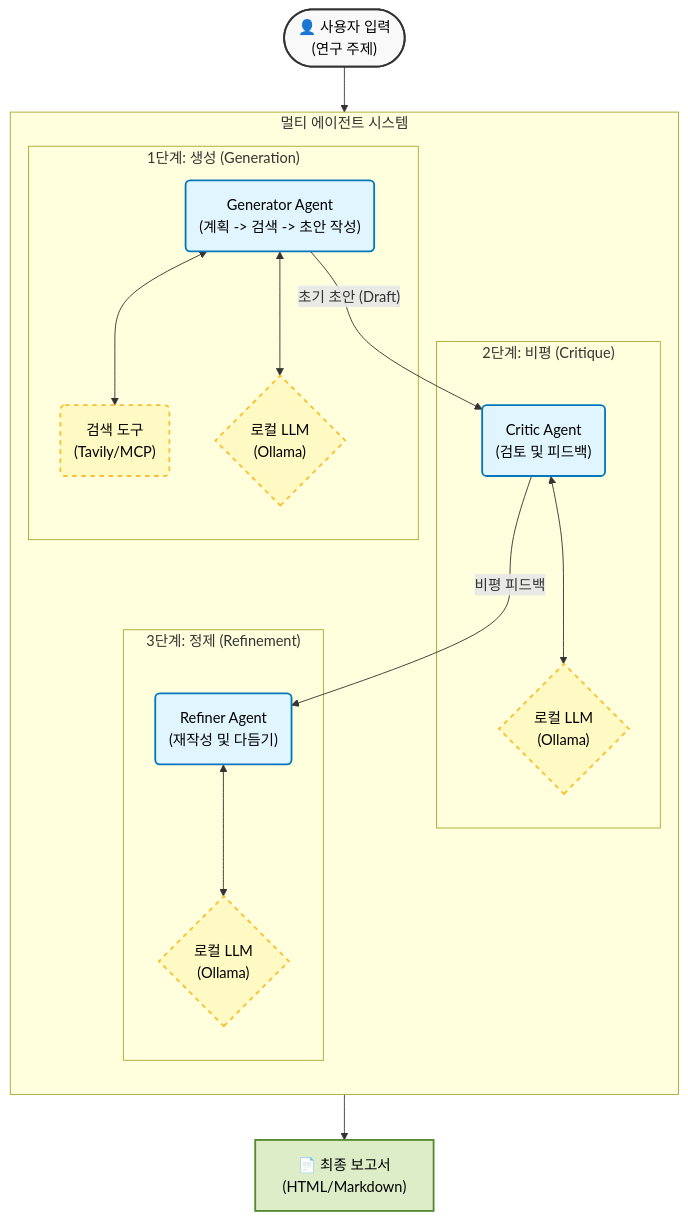
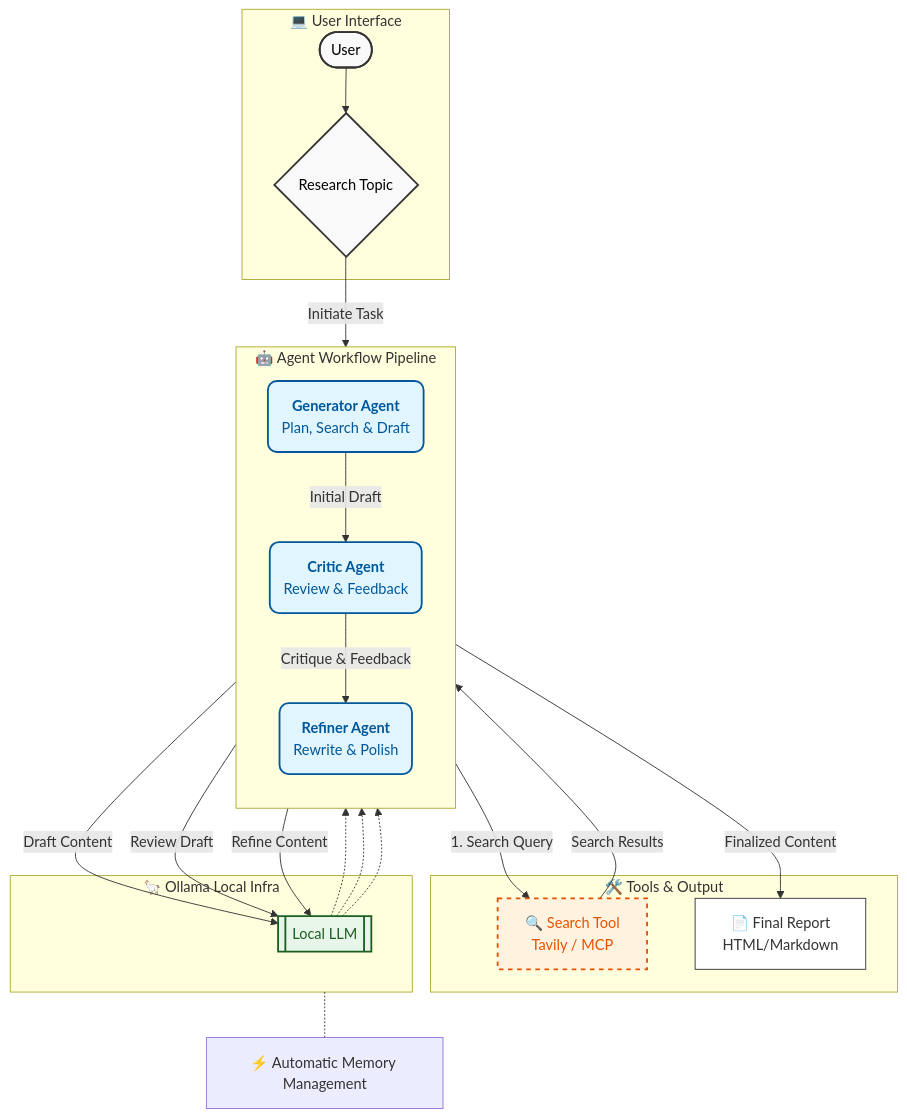
One commit to eastsea17/Research_Multi-Agents_with_Ollama changed the diagram in README_kr.md. Above: the diagram before and after it, drawn with Mermaid. The commit also changed 1 other file, not shown here.

Commit message:
251224
update README.md

````diff
--- a/README_kr.md
+++ b/README_kr.md
@@ -29,49 +29,61 @@
 ```mermaid
 graph TD
-    %% 스타일 정의
-    classDef user fill:#f9f9f9,stroke:#333,stroke-width:2px,color:black;
-    classDef agent fill:#e1f5fe,stroke:#0277bd,stroke-width:2px,color:black;
-    classDef tool fill:#fff9c4,stroke:#fbc02d,stroke-width:2px,stroke-dasharray: 5 5,color:black;
-    classDef output fill:#dcedc8,stroke:#558b2f,stroke-width:2px,color:black;
+    %% Style Definitions (Aligned with Reference)
+    classDef user fill:#f9f9f9,stroke:#333,stroke-width:2px,color:#000
+    classDef agent fill:#e1f5fe,stroke:#01579b,stroke-width:2px,color:#01579b,rx:10,ry:10
+    classDef tool fill:#fff3e0,stroke:#e65100,stroke-width:2px,color:#e65100,stroke-dasharray: 5 5
+    classDef ai fill:#e8f5e9,stroke:#1b5e20,stroke-width:2px,color:#1b5e20
+    classDef file fill:#fff,stroke:#333,stroke-width:1px,color:#333,shape:document
 
-    %% 노드 정의
-    User(["👤 사용자 입력<br/>(연구 주제)"]):::user
+    %% 1. User Interaction Layer
+    subgraph UI_Layer [💻 User Interface]
+        User([User]):::user
+        Input{Research Topic}:::user
+    end
+
+    %% 2. Agent Orchestration Layer
+    subgraph Agent_Orchestration [🤖 Agent Workflow Pipeline]
+        direction TB
+        Generator(<b>Generator Agent</b><br/>Plan, Search & Draft):::agent
+        Critic(<b>Critic Agent</b><br/>Review & Feedback):::agent
+        Refiner(<b>Refiner Agent</b><br/>Rewrite & Polish):::agent
+    end
+
+    %% 3. Tools & Infrastructure Layer
+    subgraph Tools_Infra [🛠️ Tools & Output]
+        Tavily[🔍 Search Tool<br/>Tavily / MCP]:::tool
+        Report[📄 Final Report<br/>HTML/Markdown]:::file
+    end
+
+    %% 4. AI Model Layer (Ollama)
+    subgraph Ollama_Service [🦙 Ollama Local Infra]
+        LLM[[Local LLM]]:::ai
+    end
+
+    %% Flow Definitions
     
-    subgraph System ["멀티 에이전트 시스템"]
-        direction TB
-        
-        %% 1단계: 생성
-        subgraph P1 ["1단계: 생성 (Generation)"]
-            Generator("Generator Agent<br/>(계획 -> 검색 -> 초안 작성)"):::agent
-            SearchTool("검색 도구<br/>(Tavily/MCP)"):::tool
-            LLM1{"로컬 LLM<br/>(Ollama)"}:::tool
-        end
-        
-        %% 2단계: 비평
-        subgraph P2 ["2단계: 비평 (Critique)"]
-            Critic("Critic Agent<br/>(검토 및 피드백)"):::agent
-            LLM2{"로컬 LLM<br/>(Ollama)"}:::tool
-        end
-        
-        %% 3단계: 정제
-        subgraph P3 ["3단계: 정제 (Refinement)"]
-            Refiner("Refiner Agent<br/>(재작성 및 다듬기)"):::agent
-            LLM3{"로컬 LLM<br/>(Ollama)"}:::tool
-        end
-    end
-    
-    Report["📄 최종 보고서<br/>(HTML/Markdown)"]:::output
+    %% User Input Flow
+    User --> Input
+    Input -- "Initiate Task" --> Generator
 
-    %% 흐름 연결
-    User --> Generator
-    
-    Generator <--> SearchTool
-    Generator <--> LLM1
-    Generator -- "초기 초안 (Draft)" --> Critic
-    
-    Critic <--> LLM2
-    Critic -- "비평 피드백" --> Refiner
-    
-    Refiner <--> LLM3
-    Refiner --> Report
+    %% Phase 1: Generation
+    Generator -- "1. Search Query" --> Tavily
+    Tavily -- "Search Results" --> Generator
+    Generator -- "Draft Content" --> LLM
+    LLM -.-> Generator
+    Generator -- "Initial Draft" --> Critic
+
+    %% Phase 2: Critique
+    Critic -- "Review Draft" --> LLM
+    LLM -.-> Critic
+    Critic -- "Critique & Feedback" --> Refiner
+
+    %% Phase 3: Refinement
+    Refiner -- "Refine Content" --> LLM
+    LLM -.-> Refiner
+    Refiner -- "Finalized Content" --> Report
+
+    %% Optional Memory Optimization Note
+    note_opt[⚡ Automatic Memory Management]
+    Ollama_Service -.- note_opt
 ```
````
